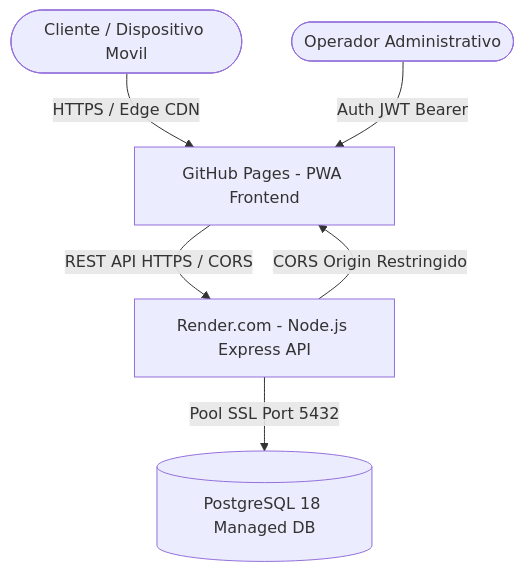
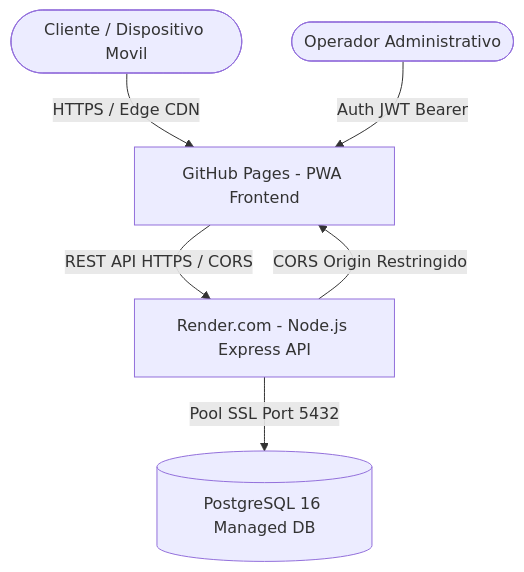
The diagram in docs/gestion_academica/presentaciones/assets/cloud_topology.mmd (Leofit-Solutions-Grupo01/leofit-pedidos-sistema), drawn with Mermaid before and after one commit. The commit also changed other lines of this file and 16 other files, not shown here.

```diff
--- a/docs/gestion_academica/presentaciones/assets/cloud_topology.mmd
+++ b/docs/gestion_academica/presentaciones/assets/cloud_topology.mmd
@@ -1,6 +1,6 @@
 graph TD
     User([Cliente / Dispositivo Movil]) -->|HTTPS / Edge CDN| GHP[GitHub Pages - PWA Frontend]
     GHP -->|REST API HTTPS / CORS| RND[Render.com - Node.js Express API]
-    RND -->|Pool SSL Port 5432| PG[(PostgreSQL 18 Managed DB)]
+    RND -->|Pool SSL Port 5432| PG[(PostgreSQL 16 Managed DB)]
     RND -->|CORS Origin Restringido| GHP
     Admin([Operador Administrativo]) -->|Auth JWT Bearer| GHP
```
